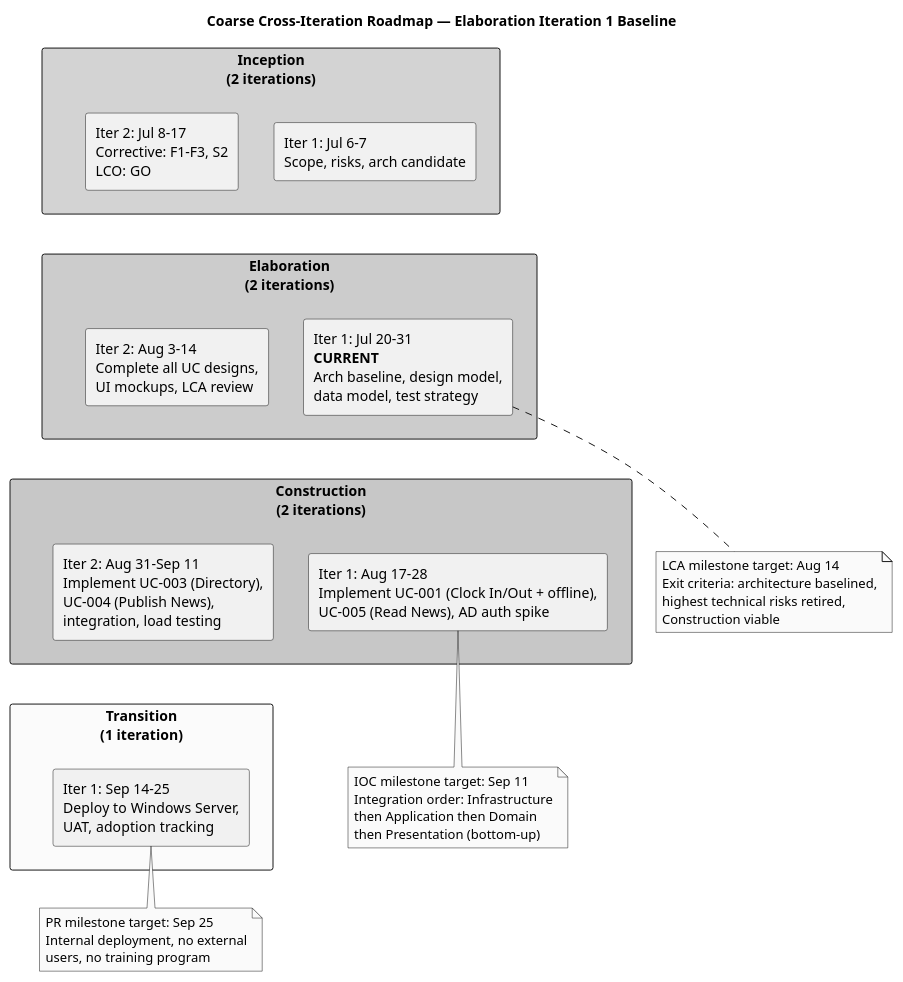
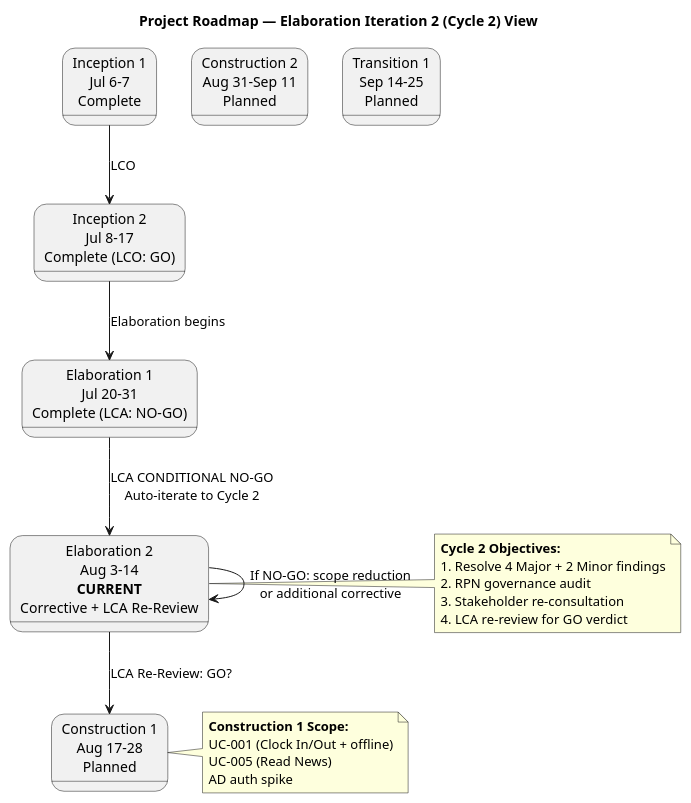
One commit to banense-test/demo-janke-lab changed the first of 3 diagrams in docs/artifacts/project-management/iteration-plan.md. Above: the diagram before and after it, drawn with PlantUML. The commit also changed other lines of this file, not shown here.

First line of the commit message:
Project Manager [E2]: upsert Iteration Plan

````diff
--- a/docs/artifacts/project-management/iteration-plan.md
+++ b/docs/artifacts/project-management/iteration-plan.md
@@ -90,50 +62,35 @@
 ```plantuml
 @startuml
-title Coarse Cross-Iteration Roadmap — Elaboration Iteration 1 Baseline
+title Project Roadmap — Elaboration Iteration 2 (Cycle 2) View
 
-skinparam monochrome true
+state "Inception 1\nJul 6-7\nComplete" as I1
+state "Inception 2\nJul 8-17\nComplete (LCO: GO)" as I2
+state "Elaboration 1\nJul 20-31\nComplete (LCA: NO-GO)" as E1
+state "Elaboration 2\nAug 3-14\n**CURRENT**\nCorrective + LCA Re-Review" as E2
+state "Construction 1\nAug 17-28\nPlanned" as C1
+state "Construction 2\nAug 31-Sep 11\nPlanned" as C2
+state "Transition 1\nSep 14-25\nPlanned" as T1
 
-rectangle "Inception\n(2 iterations)" as INC #LightGray {
-  rectangle "Iter 1: Jul 6-7\nScope, risks, arch candidate" as I1
-  rectangle "Iter 2: Jul 8-17\nCorrective: F1-F3, S2\nLCO: GO" as I2
-}
+I1 --> I2 : LCO
+I2 --> E1 : Elaboration begins
+E1 --> E2 : LCA CONDITIONAL NO-GO\nAuto-iterate to Cycle 2
+E2 --> C1 : LCA Re-Review: GO?
+E2 --> E2 : If NO-GO: scope reduction\nor additional corrective
 
-rectangle "Elaboration\n(2 iterations)" as ELA #LightBlue {
-  rectangle "Iter 1: Jul 20-31\n**CURRENT**\nArch baseline, design model,\ndata model, test strategy" as E1
-  rectangle "Iter 2: Aug 3-14\nComplete all UC designs,\nUI mockups, LCA review" as E2
-}
-
-rectangle "Construction\n(2 iterations)" as CON #LightGreen {
-  rectangle "Iter 1: Aug 17-28\nImplement UC-001 (Clock In/Out + offline),\nUC-005 (Read News), AD auth spike" as C1
-  rectangle "Iter 2: Aug 31-Sep 11\nImplement UC-003 (Directory),\nUC-004 (Publish News),\nintegration, load testing" as C2
-}
-
-rectangle "Transition\n(1 iteration)" as TRA #LightYellow {
-  rectangle "Iter 1: Sep 14-25\nDeploy to Windows Server,\nUAT, adoption tracking" as T1
-}
-
-INC -[hidden]-> ELA
-ELA -[hidden]-> CON
-CON -[hidden]-> TRA
-
-note bottom of E1
-  LCA milestone target: Aug 14
-  Exit criteria: architecture baselined,
-  highest technical risks retired,
-  Construction viable
+note right of E2
+  **Cycle 2 Objectives:**
+  1. Resolve 4 Major + 2 Minor findings
+  2. RPN governance audit
+  3. Stakeholder re-consultation
+  4. LCA re-review for GO verdict
 end note
 
-note bottom of C1
-  IOC milestone target: Sep 11
-  Integration order: Infrastructure
-  then Application then Domain
-  then Presentation (bottom-up)
+note right of C1
+  **Construction 1 Scope:**
+  UC-001 (Clock In/Out + offline)
+  UC-005 (Read News)
+  AD auth spike
 end note
 
-note bottom of T1
-  PR milestone target: Sep 25
-  Internal deployment, no external
-  users, no training program
-end note
 @enduml
 ```
````
